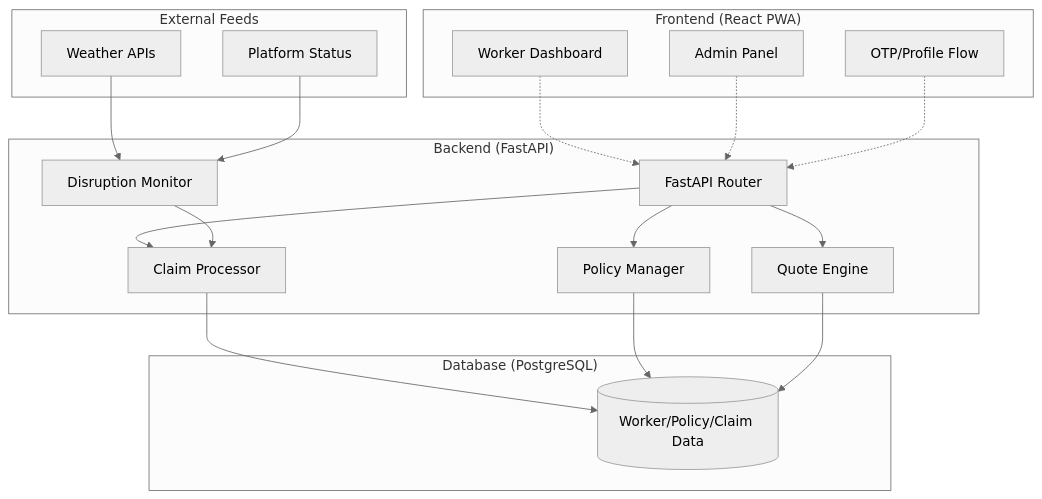
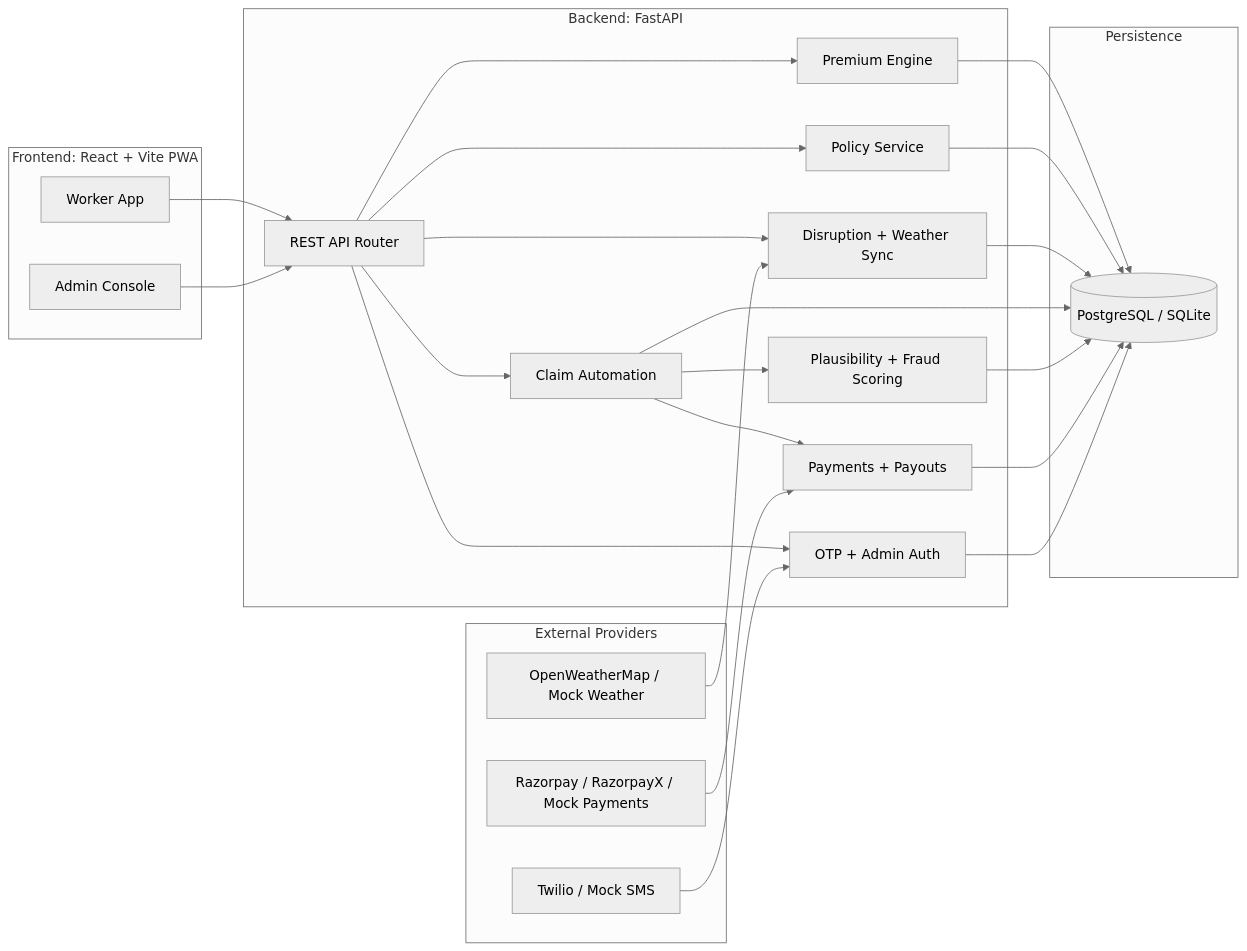
One commit to yashsrivastava1408/GigSheild changed the first of 5 diagrams in README.md. Above: the diagram before and after it, drawn with Mermaid (neutral theme). The commit also changed other lines of this file and 89 other files, not shown here.

````diff
--- a/README.md
+++ b/README.md
@@ -31,38 +87,51 @@
 ```mermaid
-graph TD
-    subgraph "Frontend (React PWA)"
-        W[Worker Dashboard]
-        A[Admin Panel]
-        Auth[OTP/Profile Flow]
+flowchart LR
+    subgraph Frontend["Frontend: React + Vite PWA"]
+        WorkerUI["Worker App"]
+        AdminUI["Admin Console"]
     end
 
-    subgraph "Backend (FastAPI)"
-        API[FastAPI Router]
-        QM[Quote Engine]
-        PM[Policy Manager]
-        CM[Claim Processor]
-        DM[Disruption Monitor]
+    subgraph Backend["Backend: FastAPI"]
+        API["REST API Router"]
+        Quote["Premium Engine"]
+        Policy["Policy Service"]
+        Disruption["Disruption + Weather Sync"]
+        Claims["Claim Automation"]
+        Risk["Plausibility + Fraud Scoring"]
+        Payments["Payments + Payouts"]
+        Auth["OTP + Admin Auth"]
     end
 
-    subgraph "Database (PostgreSQL)"
-        DB[(Worker/Policy/Claim Data)]
+    subgraph Data["Persistence"]
+        DB[("PostgreSQL / SQLite")]
     end
 
-    subgraph "External Feeds"
-        Weather[Weather APIs]
-        Platform[Platform Status]
+    subgraph Providers["External Providers"]
+        Weather["OpenWeatherMap / Mock Weather"]
+        SMS["Twilio / Mock SMS"]
+        Razorpay["Razorpay / RazorpayX / Mock Payments"]
     end
 
-    W -.-> API
-    A -.-> API
-    Auth -.-> API
-    API --> QM
-    API --> PM
-    API --> CM
-    DM --> CM
-    CM --> DB
-    PM --> DB
-    QM --> DB
-    Weather --> DM
-    Platform --> DM
+    WorkerUI --> API
+    AdminUI --> API
+
+    API --> Auth
+    API --> Quote
+    API --> Policy
+    API --> Disruption
+    API --> Claims
+    Claims --> Risk
+    Claims --> Payments
+
+    Quote --> DB
+    Policy --> DB
+    Disruption --> DB
+    Claims --> DB
+    Risk --> DB
+    Payments --> DB
+    Auth --> DB
+
+    Weather --> Disruption
+    SMS --> Auth
+    Razorpay --> Payments
 ```
````
